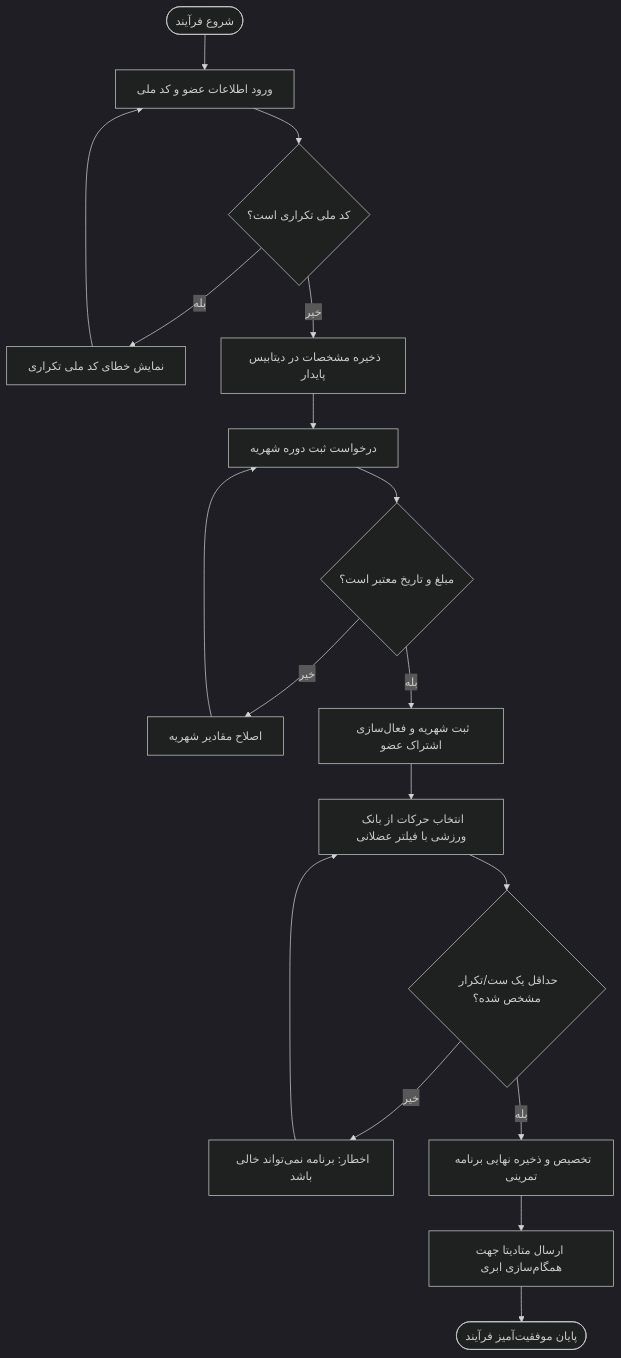
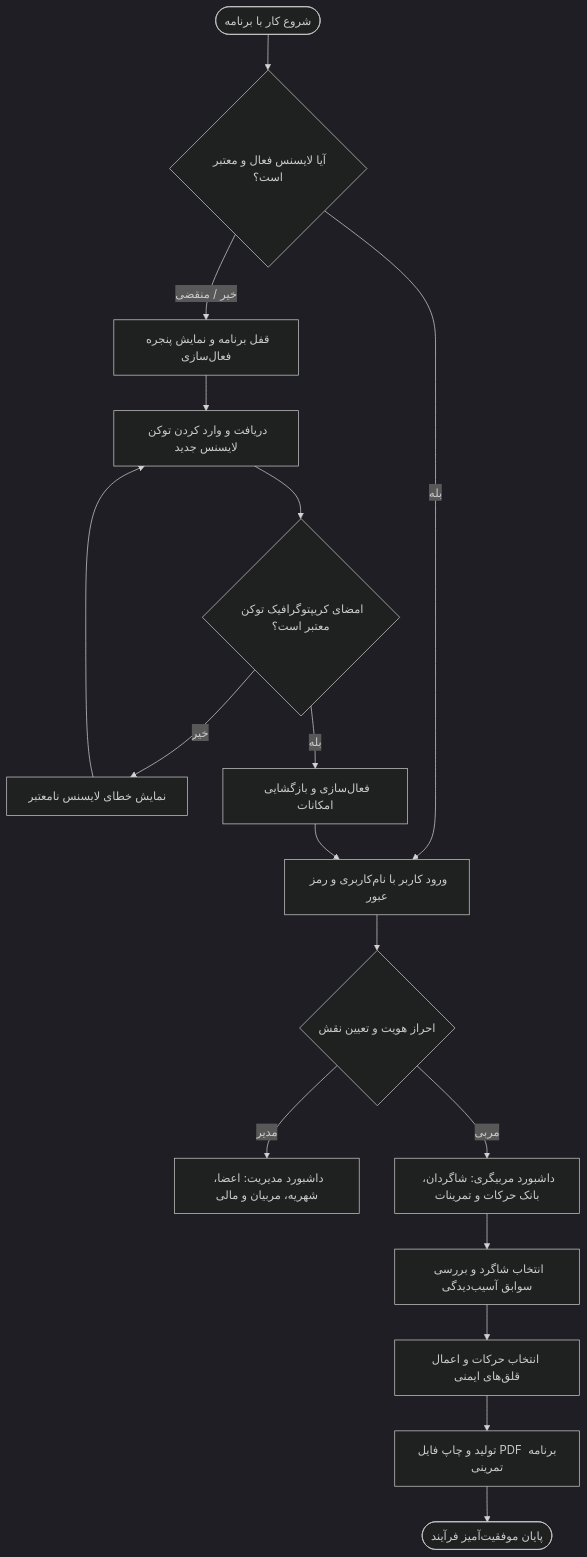
One commit to AbolfazlSamadi2006/Nemov-App changed the second of 4 diagrams in docs/phase-2_diagrams-and-system-design/README.md. Above: the diagram before and after it, drawn with Mermaid (dark theme). The commit also changed other lines of this file and 1 other file, not shown here.

Commit message:
docs(ssad): refine personas, privacy-respecting access controls, license architecture, and UML diagrams

````diff
--- a/docs/phase-2_diagrams-and-system-design/README.md
+++ b/docs/phase-2_diagrams-and-system-design/README.md
@@ -49,26 +51,23 @@
 ```mermaid
 flowchart TD
-    Start([شروع فرآیند]) --> EnterData[ورود اطلاعات عضو و کد ملی]
-    EnterData --> CheckNationalCode{کد ملی تکراری است؟}
+    Start([شروع کار با برنامه]) --> CheckLicense{آیا لایسنس فعال و معتبر است؟}
     
-    CheckNationalCode -- بله --> ShowErrorDuplicate[نمایش خطای کد ملی تکراری]
-    ShowErrorDuplicate --> EnterData
-
-    CheckNationalCode -- خیر --> SaveMember[ذخیره مشخصات در دیتابیس پایدار]
-    SaveMember --> PromptTuition[درخواست ثبت دوره شهریه]
+    CheckLicense -- خیر / منقضی --> LockScreen[قفل برنامه و نمایش پنجره فعال‌سازی]
+    LockScreen --> EnterLicenseToken[دریافت و وارد کردن توکن لایسنس جدید]
+    EnterLicenseToken --> ValidateToken{امضای کریپتوگرافیک توکن معتبر است؟}
+    ValidateToken -- خیر --> ShowLicenseError[نمایش خطای لایسنس نامعتبر]
+    ShowLicenseError --> EnterLicenseToken
+    ValidateToken -- بله --> UnlockApp[فعال‌سازی و بازگشایی امکانات]
     
-    PromptTuition --> CheckTuitionPayment{مبلغ و تاریخ معتبر است؟}
-    CheckTuitionPayment -- خیر --> FixTuition[اصلاح مقادیر شهریه]
-    FixTuition --> PromptTuition
+    CheckLicense -- بله --> LoginStep[ورود کاربر با نام‌کاربری و رمز عبور]
+    UnlockApp --> LoginStep
     
-    CheckTuitionPayment -- بله --> ActivateSubscription[ثبت شهریه و فعال‌سازی اشتراک عضو]
-    ActivateSubscription --> SelectExercises[انتخاب حرکات از بانک ورزشی با فیلتر عضلانی]
-    SelectExercises --> ValidateWorkout{حداقل یک ست/تکرار مشخص شده؟}
+    LoginStep --> CheckRole{احراز هویت و تعیین نقش}
+    CheckRole -- مدیر --> AdminDashboard[داشبورد مدیریت: اعضا، شهریه، مربیان و مالی]
+    CheckRole -- مربی --> CoachDashboard[داشبورد مربیگری: شاگردان، بانک حرکات و تمرینات]
     
-    ValidateWorkout -- خیر --> WarningEmpty[اخطار: برنامه نمی‌تواند خالی باشد]
-    WarningEmpty --> SelectExercises
-    
-    ValidateWorkout -- بله --> SavePlan[تخصیص و ذخیره نهایی برنامه تمرینی]
-    SavePlan --> CloudSync[ارسال متادیتا جهت همگام‌سازی ابری]
-    CloudSync --> End([پایان موفقیت‌آمیز فرآیند])
+    CoachDashboard --> SelectMember[انتخاب شاگرد و بررسی سوابق آسیب‌دیدگی]
+    SelectMember --> AddExercises[انتخاب حرکات و اعمال قلق‌های ایمنی]
+    AddExercises --> ExportPDF[تولید و چاپ فایل PDF برنامه تمرینی]
+    ExportPDF --> End([پایان موفقیت‌آمیز فرآیند])
 ```
````
